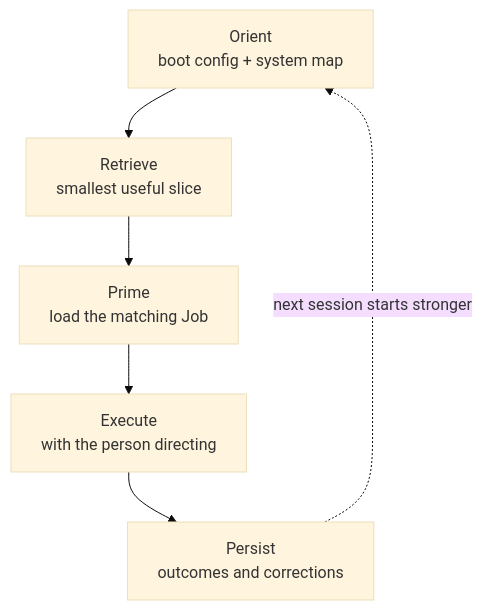
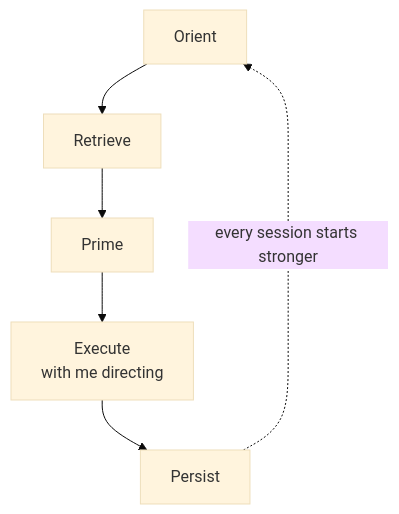
One commit to DavisHiggins/cade-showcase changed the diagram in README.md. Above: the diagram before and after it, drawn with Mermaid (base theme). The commit also changed other lines of this file and 7 other files, not shown here.

````diff
--- a/README.md
+++ b/README.md
@@ -45,8 +51,8 @@
 ```mermaid
 flowchart TB
-    O[Orient<br/>boot config + system map] --> R[Retrieve<br/>smallest useful slice]
-    R --> P[Prime<br/>load the matching Job]
-    P --> E[Execute<br/>with the person directing]
-    E --> S[Persist<br/>outcomes and corrections]
-    S -. next session starts stronger .-> O
+    O[Orient] --> R[Retrieve]
+    R --> P[Prime]
+    P --> E[Execute<br/>with me directing]
+    E --> S[Persist]
+    S -. every session starts stronger .-> O
 ```
````
